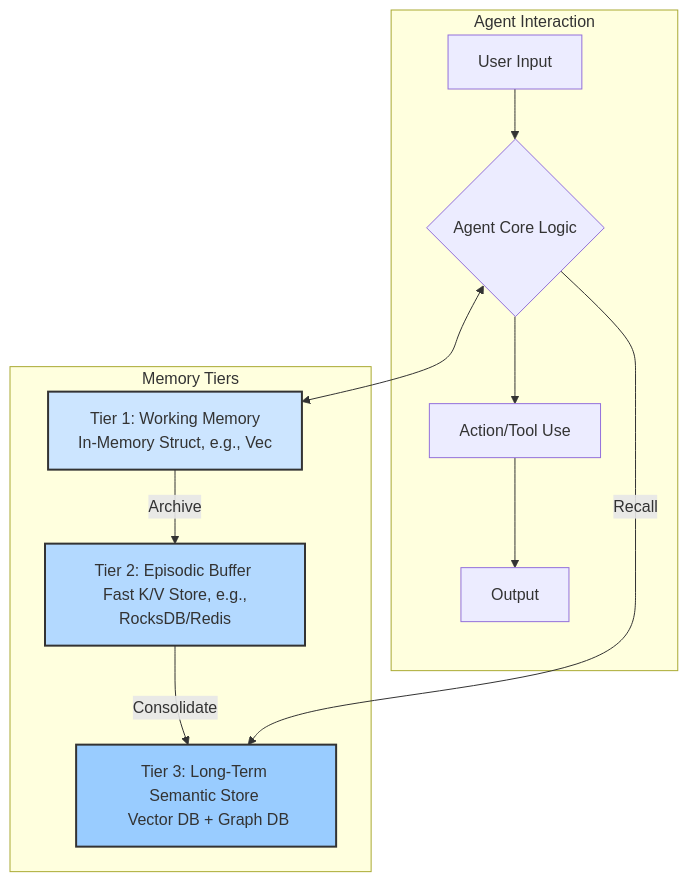
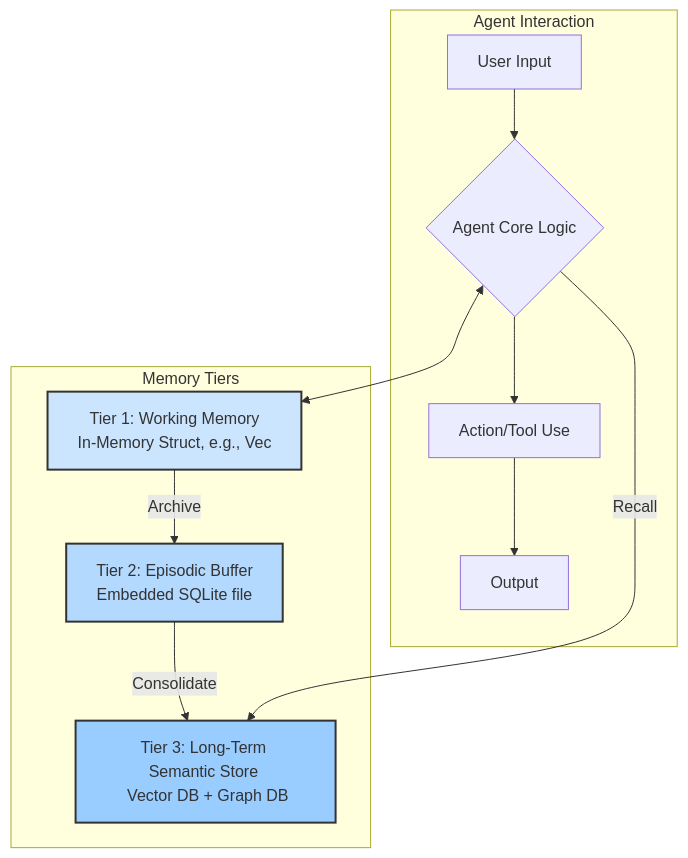
The diagram in docs/memory_architecture.md (yarenty/kowalski), drawn with Mermaid before and after one commit. The commit also changed other lines of this file and 15 other files, not shown here.

Commit message:
no rocksDB - use sqlite consistently

````diff
--- a/docs/memory_architecture.md
+++ b/docs/memory_architecture.md
@@ -27,23 +27,23 @@
 ```mermaid
 graph TD
     subgraph Agent Interaction
         A[User Input] --> B{Agent Core Logic};
         B --> C[Action/Tool Use];
         C --> D[Output];
     end
 
     subgraph Memory Tiers
         T1[Tier 1: Working Memory <br> In-Memory Struct, e.g., Vec<Message>]
-        T2[Tier 2: Episodic Buffer <br> Fast K/V Store, e.g., RocksDB/Redis]
+        T2[Tier 2: Episodic Buffer <br> Embedded SQLite file]
         T3[Tier 3: Long-Term Semantic Store <br> Vector DB + Graph DB]
     end
 
     B <--> T1;
     T1 -- Archive --> T2;
     T2 -- Consolidate --> T3;
     B -- Recall --> T3;
 
     style T1 fill:#cce5ff,stroke:#333,stroke-width:2px
     style T2 fill:#b3d9ff,stroke:#333,stroke-width:2px
     style T3 fill:#99ccff,stroke:#333,stroke-width:2px
 ```
````
